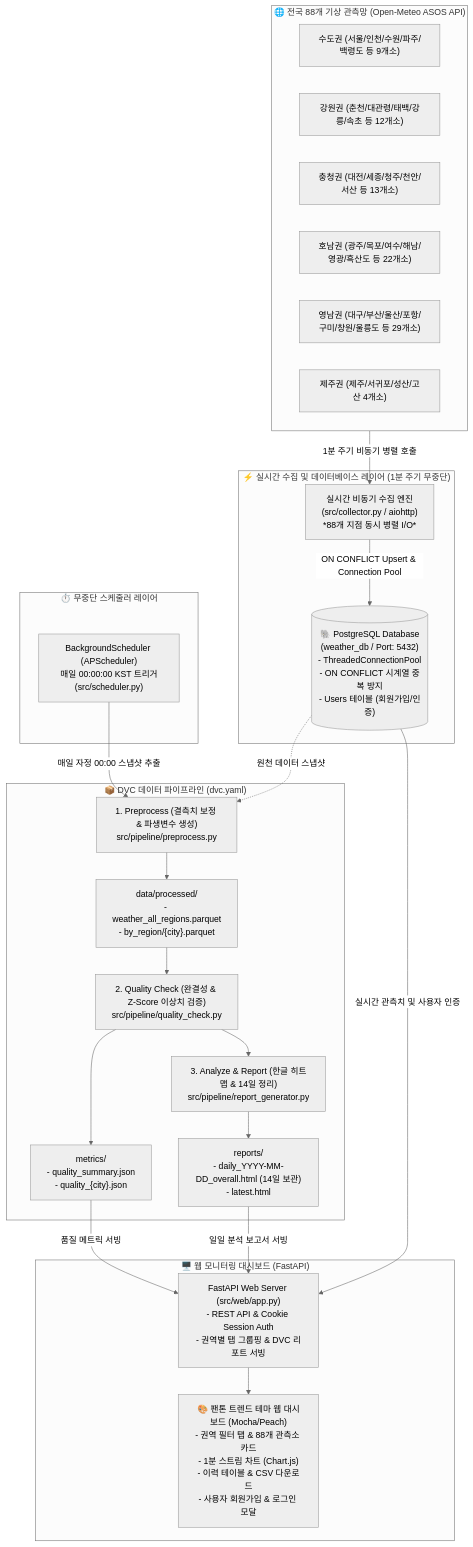
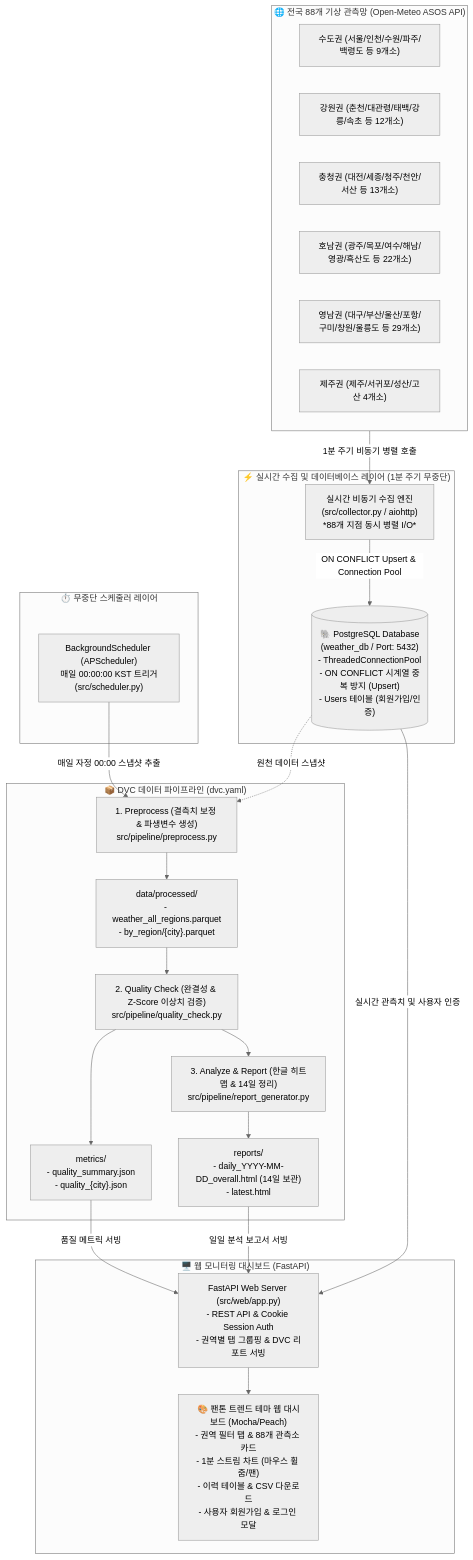
The second of 4 diagrams in README.md (hugingstar/WeatherDVC), drawn with Mermaid (neutral theme) before and after one commit. The commit also changed other lines of this file, not shown here.

Commit message:
docs: Update README.md with DVC core roles, enterprise value, and latest architecture

````diff
--- a/README.md
+++ b/README.md
@@ -9,58 +51,58 @@
 ```mermaid
 flowchart TD
     %% Multi-Region Data Sources
     subgraph Data_Sources ["🌐 전국 88개 기상 관측망 (Open-Meteo ASOS API)"]
         Loc1["수도권 (서울/인천/수원/파주/백령도 등 9개소)"]
         Loc2["강원권 (춘천/대관령/태백/강릉/속초 등 12개소)"]
         Loc3["충청권 (대전/세종/청주/천안/서산 등 13개소)"]
         Loc4["호남권 (광주/목포/여수/해남/영광/흑산도 등 22개소)"]
         Loc5["영남권 (대구/부산/울산/포항/구미/창원/울릉도 등 29개소)"]
         Loc6["제주권 (제주/서귀포/성산/고산 4개소)"]
     end
 
     %% Ingestion Layer
     subgraph Ingestion_Layer ["⚡ 실시간 수집 및 데이터베이스 레이어 (1분 주기 무중단)"]
         Collector["실시간 비동기 수집 엔진<br/>(src/collector.py / aiohttp)<br/>*88개 지점 동시 병렬 I/O*"]
-        DB[("🐘 PostgreSQL Database<br/>(weather_db / Port: 5432)<br/>- ThreadedConnectionPool<br/>- ON CONFLICT 시계열 중복 방지<br/>- Users 테이블 (회원가입/인증)")]
+        DB[("🐘 PostgreSQL Database<br/>(weather_db / Port: 5432)<br/>- ThreadedConnectionPool<br/>- ON CONFLICT 시계열 중복 방지 (Upsert)<br/>- Users 테이블 (회원가입/인증)")]
     end
 
     %% DVC Pipeline
     subgraph DVC_Pipeline ["📦 DVC 데이터 파이프라인 (dvc.yaml)"]
         Stage1["1. Preprocess (결측치 보정 & 파생변수 생성)<br/>src/pipeline/preprocess.py"]
         Stage2["2. Quality Check (완결성 & Z-Score 이상치 검증)<br/>src/pipeline/quality_check.py"]
         Stage3["3. Analyze & Report (한글 히트맵 & 14일 정리)<br/>src/pipeline/report_generator.py"]
         
         Out_Processed["data/processed/<br/>- weather_all_regions.parquet<br/>- by_region/{city}.parquet"]
         Out_Metrics["metrics/<br/>- quality_summary.json<br/>- quality_{city}.json"]
         Out_Reports["reports/<br/>- daily_YYYY-MM-DD_overall.html (14일 보관)<br/>- latest.html"]
     end
 
     %% Automation Layer
     subgraph Scheduler_Layer ["⏱️ 무중단 스케줄러 레이어"]
         Scheduler["BackgroundScheduler (APScheduler)<br/>매일 00:00:00 KST 트리거<br/>(src/scheduler.py)"]
     end
 
     %% Web Presentation Layer
     subgraph Web_Layer ["🖥️ 웹 모니터링 대시보드 (FastAPI)"]
         Server["FastAPI Web Server (src/web/app.py)<br/>- REST API & Cookie Session Auth<br/>- 권역별 탭 그룹핑 & DVC 리포트 서빙"]
-        UI["🎨 팬톤 트렌드 테마 웹 대시보드 (Mocha/Peach)<br/>- 권역 필터 탭 & 88개 관측소 카드<br/>- 1분 스트림 차트 (Chart.js)<br/>- 이력 테이블 & CSV 다운로드<br/>- 사용자 회원가입 & 로그인 모달"]
+        UI["🎨 팬톤 트렌드 테마 웹 대시보드 (Mocha/Peach)<br/>- 권역 필터 탭 & 88개 관측소 카드<br/>- 1분 스트림 차트 (마우스 휠 줌/팬)<br/>- 이력 테이블 & CSV 다운로드<br/>- 사용자 회원가입 & 로그인 모달"]
     end
 
     %% Connections
     Data_Sources -->|1분 주기 비동기 병렬 호출| Collector
     Collector -->|ON CONFLICT Upsert & Connection Pool| DB
 
     Scheduler -->|매일 자정 00:00 스냅샷 추출| Stage1
     DB -.->|원천 데이터 스냅샷| Stage1
 
     Stage1 --> Out_Processed
     Out_Processed --> Stage2
     Stage2 --> Out_Metrics
     Stage2 --> Stage3
     Stage3 --> Out_Reports
 
     DB -->|실시간 관측치 및 사용자 인증| Server
     Out_Metrics -->|품질 메트릭 서빙| Server
     Out_Reports -->|일일 분석 보고서 서빙| Server
     Server --> UI
 ```
````
